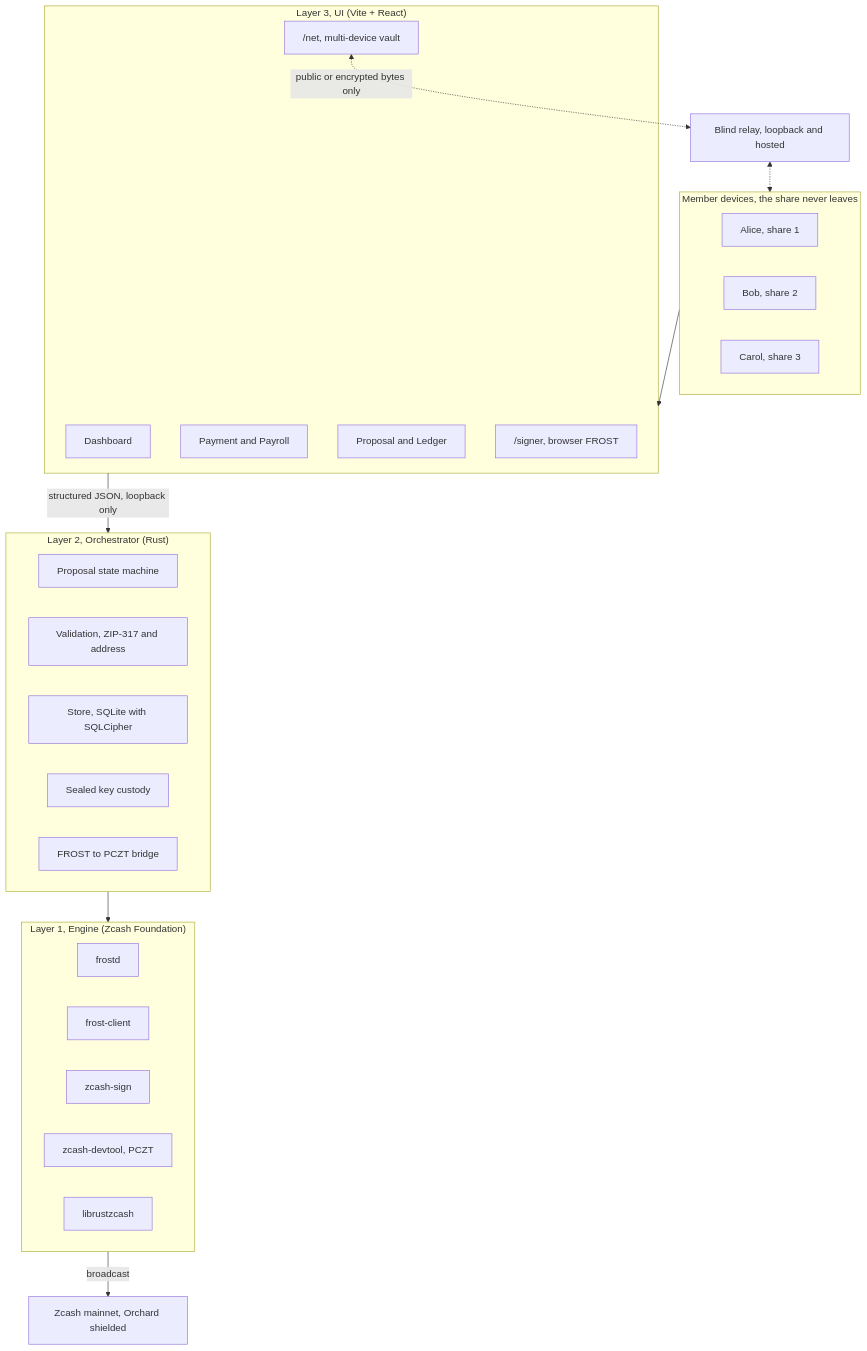
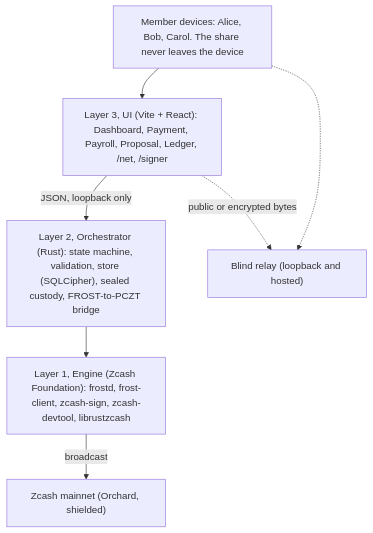
One commit to deegalabs/konclave changed the first of 10 diagrams in docs/DIAGRAMS.md. Above: the diagram before and after it, drawn with Mermaid. The commit also changed other lines of this file, not shown here.

First line of the commit message:
docs(diagrams): make all Mermaid diagrams render on GitHub

````diff
--- a/docs/DIAGRAMS.md
+++ b/docs/DIAGRAMS.md
@@ -10,42 +10,16 @@
 ```mermaid
 flowchart TB
-  subgraph Devices["Member devices, the share never leaves"]
-    A["Alice, share 1"]
-    B["Bob, share 2"]
-    C["Carol, share 3"]
-  end
+  A["Member devices: Alice, Bob, Carol. The share never leaves the device"]
+  UI["Layer 3, UI (Vite + React): Dashboard, Payment, Payroll, Proposal, Ledger, /net, /signer"]
+  Orch["Layer 2, Orchestrator (Rust): state machine, validation, store (SQLCipher), sealed custody, FROST-to-PCZT bridge"]
+  Eng["Layer 1, Engine (Zcash Foundation): frostd, frost-client, zcash-sign, zcash-devtool, librustzcash"]
+  Relay["Blind relay (loopback and hosted)"]
+  Chain["Zcash mainnet (Orchard, shielded)"]
 
-  subgraph L3["Layer 3, UI (Vite + React)"]
-    Dash["Dashboard"]
-    Pay["Payment and Payroll"]
-    Prop["Proposal and Ledger"]
-    Net["/net, multi-device vault"]
-    Signer["/signer, browser FROST"]
-  end
-
-  subgraph L2["Layer 2, Orchestrator (Rust)"]
-    SM["Proposal state machine"]
-    Val["Validation, ZIP-317 and address"]
-    Store["Store, SQLite with SQLCipher"]
-    Sec["Sealed key custody"]
-    Bridge["FROST to PCZT bridge"]
-  end
-
-  subgraph L1["Layer 1, Engine (Zcash Foundation)"]
-    Frostd["frostd"]
-    FClient["frost-client"]
-    Sign["zcash-sign"]
-    Devtool["zcash-devtool, PCZT"]
-    Lib["librustzcash"]
-  end
-
-  Relay["Blind relay, loopback and hosted"]
-  Chain["Zcash mainnet, Orchard shielded"]
-
-  Devices --> L3
-  L3 -->|"structured JSON, loopback only"| L2
-  L2 --> L1
-  L1 -->|"broadcast"| Chain
-  Net <-.->|"public or encrypted bytes only"| Relay
-  Relay <-.-> Devices
+  A --> UI
+  UI -->|"JSON, loopback only"| Orch
+  Orch --> Eng
+  Eng -->|"broadcast"| Chain
+  UI -.->|"public or encrypted bytes"| Relay
+  A -.-> Relay
 ```
````
